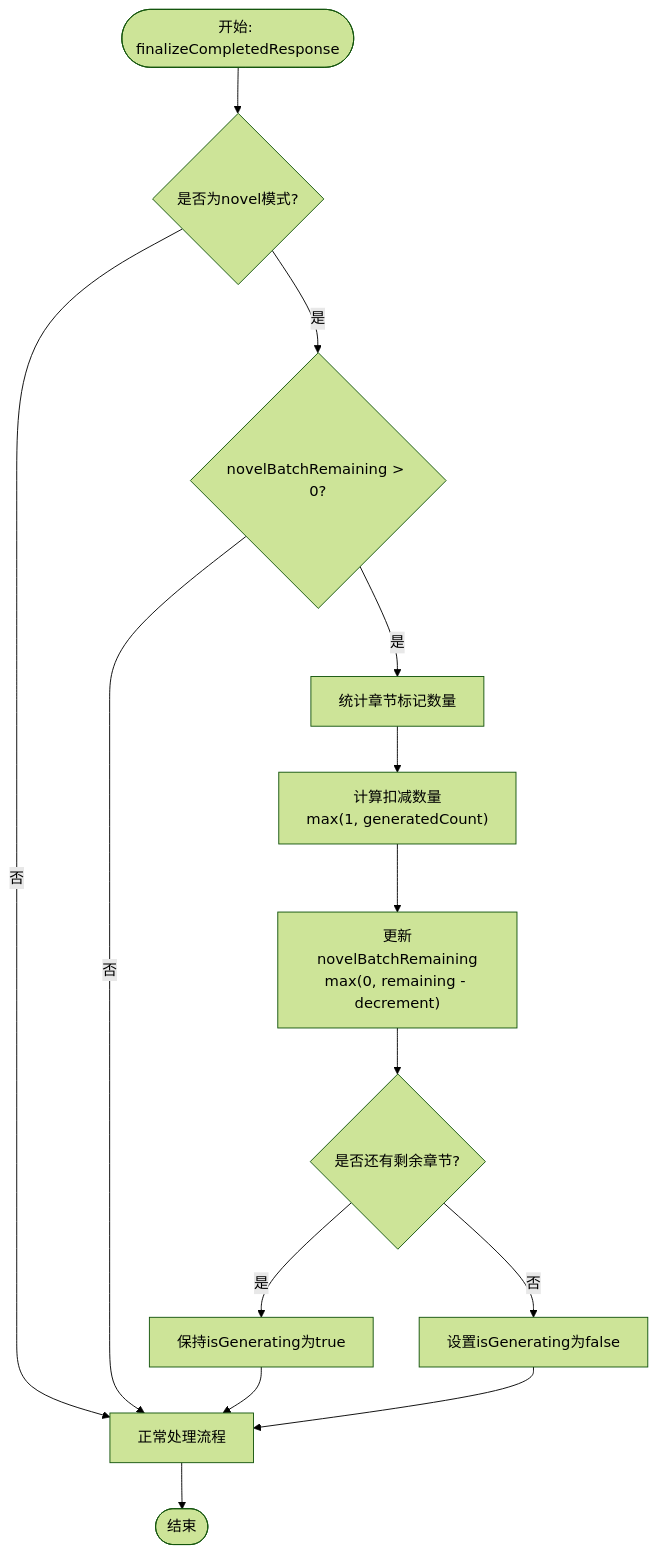
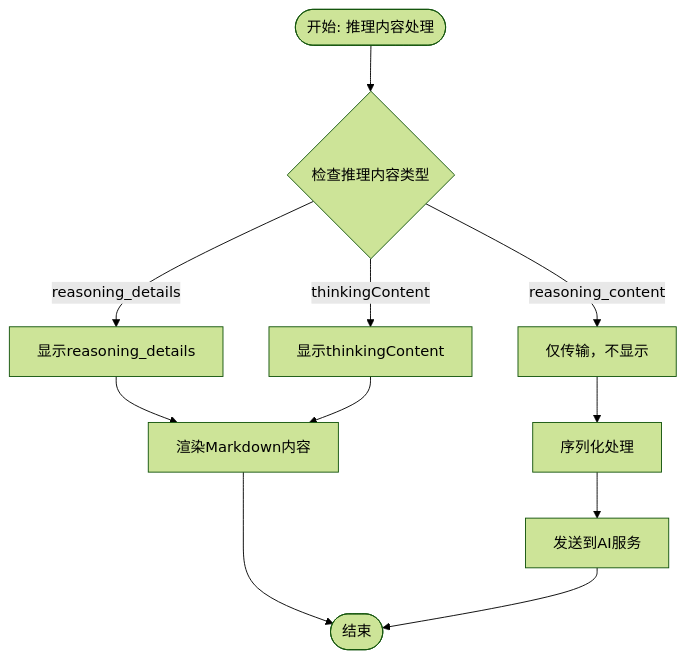
The third of 18 diagrams in .qoder/repowiki/zh/content/核心模块/AI助手系统/AI助手系统.md (xixixiaoyu/Todo), drawn with Mermaid (forest theme) before and after one commit. The commit also changed other lines of this file and 5 other files, not shown here.

````diff
--- a/.qoder/repowiki/zh/content/核心模块/AI助手系统/AI助手系统.md
+++ b/.qoder/repowiki/zh/content/核心模块/AI助手系统/AI助手系统.md
@@ -337,16 +363,13 @@
 ```mermaid
 flowchart TD
-Start(["开始: finalizeCompletedResponse"]) --> CheckMode{"是否为novel模式?"}
-CheckMode --> |否| ProcessNormal["正常处理流程"]
-CheckMode --> |是| CheckRemaining{"novelBatchRemaining > 0?"}
-CheckRemaining --> |否| ProcessNormal
-CheckRemaining --> |是| CountMarkers["统计章节标记数量"]
-CountMarkers --> CalcDecrement["计算扣减数量<br/>max(1, generatedCount)"]
-CalcDecrement --> UpdateCounter["更新novelBatchRemaining<br/>max(0, remaining - decrement)"]
-UpdateCounter --> CheckAutoContinue{"是否还有剩余章节?"}
-CheckAutoContinue --> |是| KeepGenerating["保持isGenerating为true"]
-CheckAutoContinue --> |否| ResetGenerating["设置isGenerating为false"]
-KeepGenerating --> ProcessNormal
-ResetGenerating --> ProcessNormal
-ProcessNormal --> End(["结束"])
+Start(["开始: 推理内容处理"]) --> CheckReasoning{"检查推理内容类型"}
+CheckReasoning --> |reasoning_details| ShowDetails["显示reasoning_details"]
+CheckReasoning --> |thinkingContent| ShowThinking["显示thinkingContent"]
+CheckReasoning --> |reasoning_content| TransportOnly["仅传输，不显示"]
+ShowDetails --> Render["渲染Markdown内容"]
+ShowThinking --> Render
+TransportOnly --> Sanitize["序列化处理"]
+Sanitize --> Send["发送到AI服务"]
+Render --> End(["结束"])
+Send --> End
 ```
````
